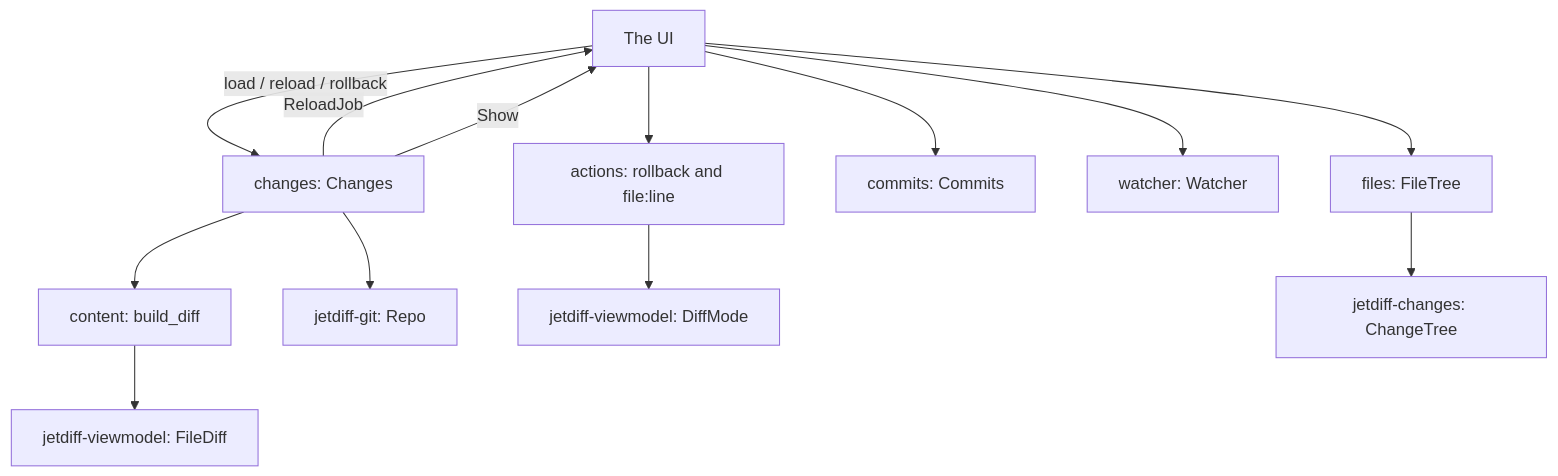
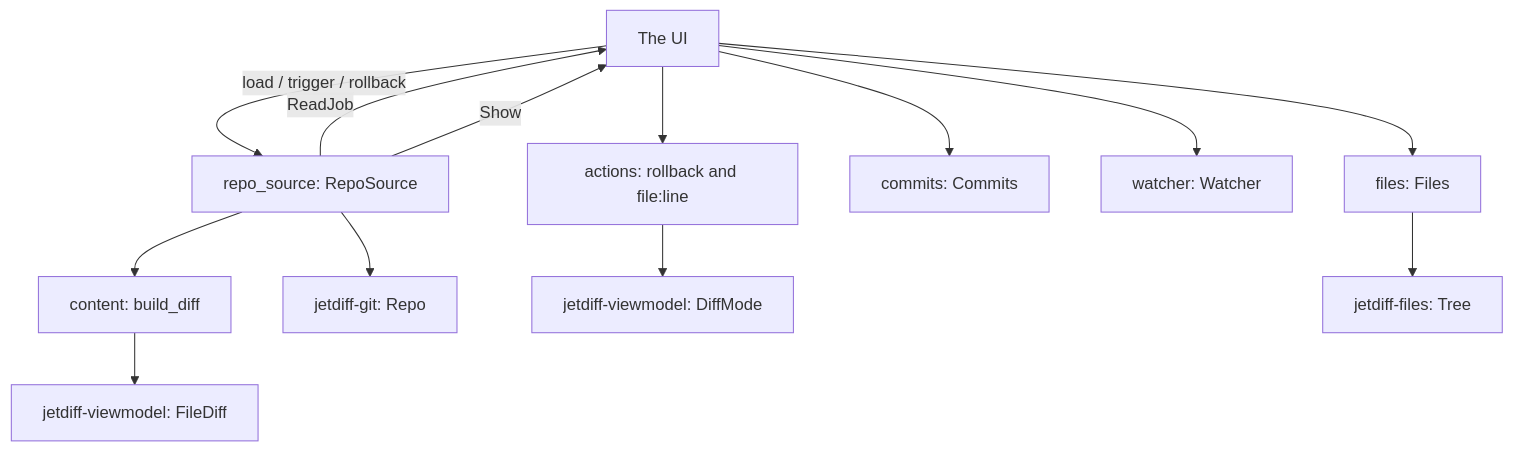
One commit to akemkers/jetdiff changed the diagram in crates/jetdiff-app/README.md. Above: the diagram before and after it, drawn with Mermaid. The commit also changed other lines of this file and 96 other files, not shown here.

````diff
--- a/crates/jetdiff-app/README.md
+++ b/crates/jetdiff-app/README.md
@@ -64,15 +66,15 @@
 ```mermaid
 graph TD
-    ui[The UI] -- load / reload / rollback --> changes[changes: Changes]
-    changes -- ReloadJob --> ui
-    changes -- Show --> ui
-    changes --> content[content: build_diff]
+    ui[The UI] -- load / trigger / rollback --> source[repo_source: RepoSource]
+    source -- ReadJob --> ui
+    source -- Show --> ui
+    source --> content[content: build_diff]
     content --> view[jetdiff-viewmodel: FileDiff]
-    changes --> git[jetdiff-git: Repo]
-    ui --> files[files: FileTree]
+    source --> git[jetdiff-git: Repo]
+    ui --> files[files: Files]
     ui --> commits[commits: Commits]
     ui --> watcher[watcher: Watcher]
     ui --> actions[actions: rollback and file:line]
     actions --> mode[jetdiff-viewmodel: DiffMode]
-    files --> tree[jetdiff-changes: ChangeTree]
+    files --> tree[jetdiff-files: Tree]
 ```
````
